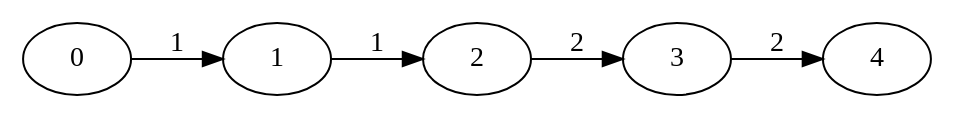
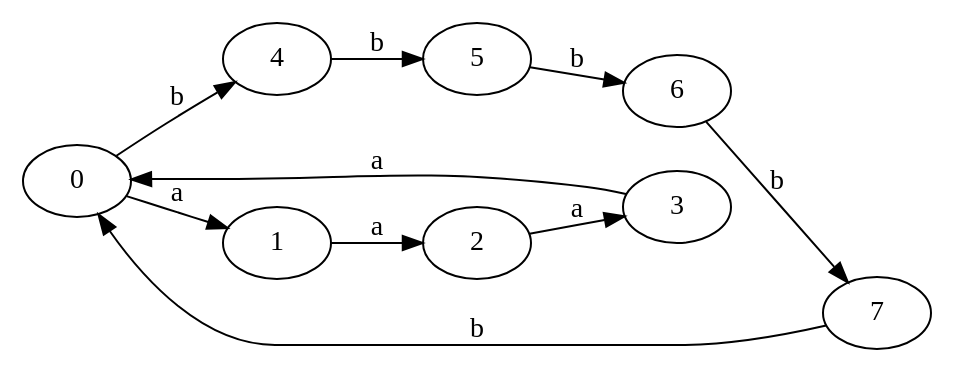
The diagram in data/testGraph.dot (Shabanov-V/grammars), drawn with Graphviz before and after one commit. The commit also changed 13 other files, not shown here.

```diff
--- a/data/testGraph.dot
+++ b/data/testGraph.dot
@@ -1,8 +1,13 @@
-digraph AST {
-rankdir=LR
-0; 1; 2; 3; 4
-0 -> 1[label="1"]
-1 -> 2[label="1"]
-2 -> 3[label="2"]
-3 -> 4[label="2"]
+digraph g{
+rankdir = LR
+0; 1; 2; 3; 4; 5; 6; 7
+0 -> 1[label="a"]
+1 -> 2[label="a"]
+2 -> 3[label="a"]
+3 -> 0[label="a"]
+0 -> 4[label="b"]
+4 -> 5[label="b"]
+5 -> 6[label="b"]
+6 -> 7[label="b"]
+7 -> 0[label="b"]
 }
```
